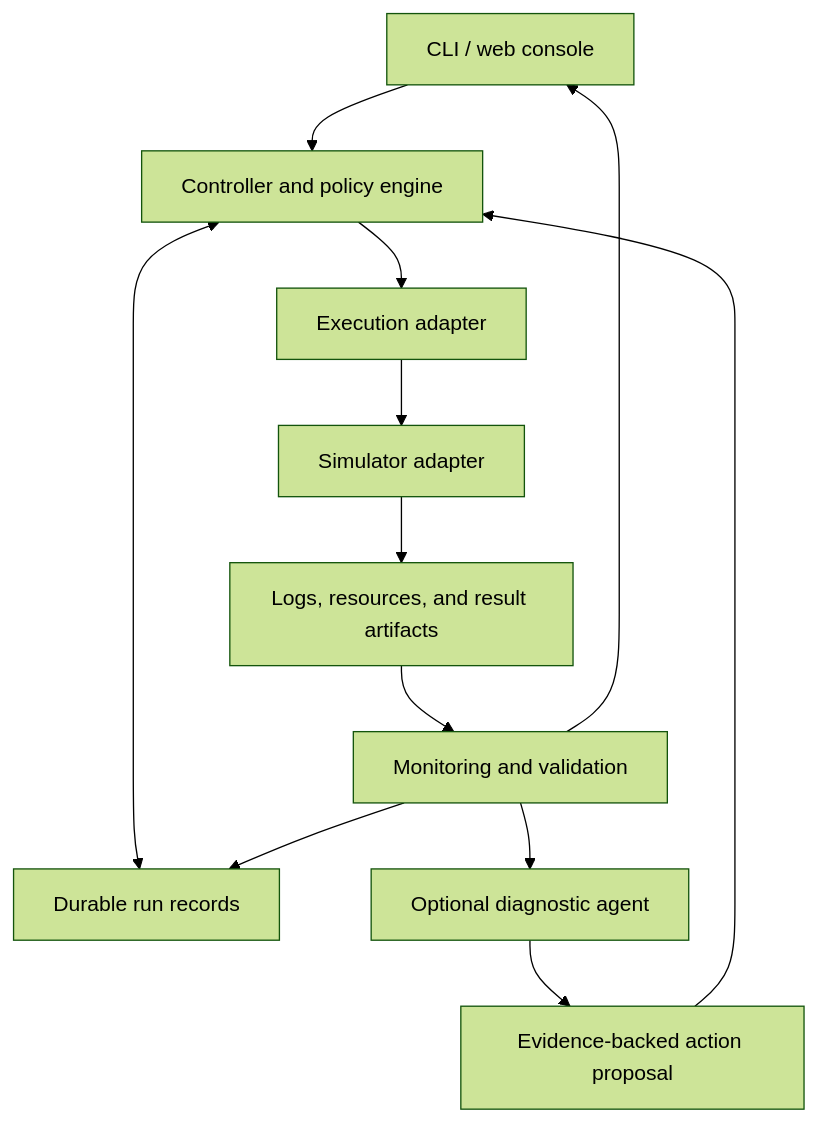
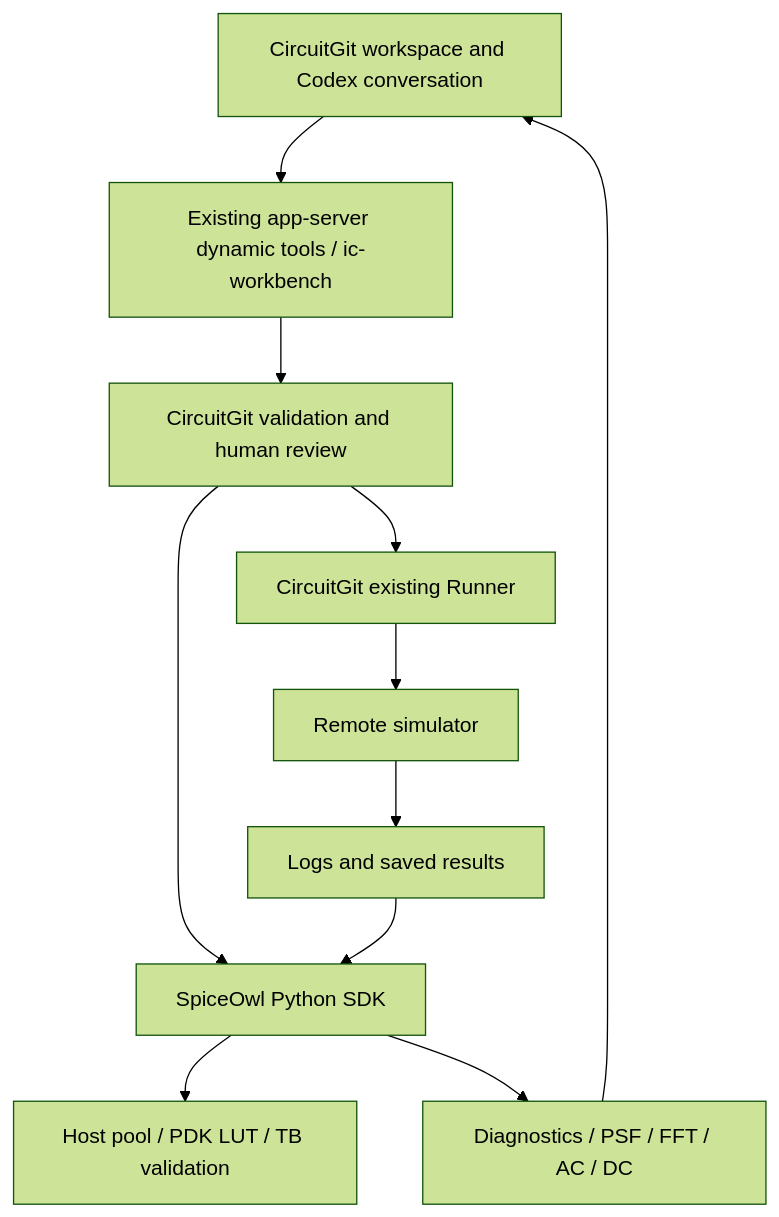
One commit to joshuazeng713/spiceowl changed the diagram in README.md. Above: the diagram before and after it, drawn with Mermaid (forest theme). The commit also changed other lines of this file and 42 other files, not shown here.

Commit message:
refactor: use CircuitGit's Agent channel and expose read SDK

````diff
--- a/README.md
+++ b/README.md
@@ -72,14 +74,13 @@
 ```mermaid
 flowchart TD
-    UI[CLI / web console] --> Controller[Controller and policy engine]
-    Controller <--> Store[Durable run records]
-    Controller --> Executor[Execution adapter]
-    Executor --> Simulator[Simulator adapter]
-    Simulator --> Evidence[Logs, resources, and result artifacts]
-    Evidence --> Checks[Monitoring and validation]
-    Checks --> Store
-    Checks --> UI
-    Checks --> Agent[Optional diagnostic agent]
-    Agent --> Proposal[Evidence-backed action proposal]
-    Proposal --> Controller
+    UI[CircuitGit workspace and Codex conversation] --> Bridge[Existing app-server dynamic tools / ic-workbench]
+    Bridge --> Review[CircuitGit validation and human review]
+    Review --> SDK[SpiceOwl Python SDK]
+    SDK --> Checks[Host pool / PDK LUT / TB validation]
+    Review --> Runner[CircuitGit existing Runner]
+    Runner --> Simulator[Remote simulator]
+    Simulator --> Evidence[Logs and saved results]
+    Evidence --> SDK
+    SDK --> Report[Diagnostics / PSF / FFT / AC / DC]
+    Report --> UI
 ```
````
